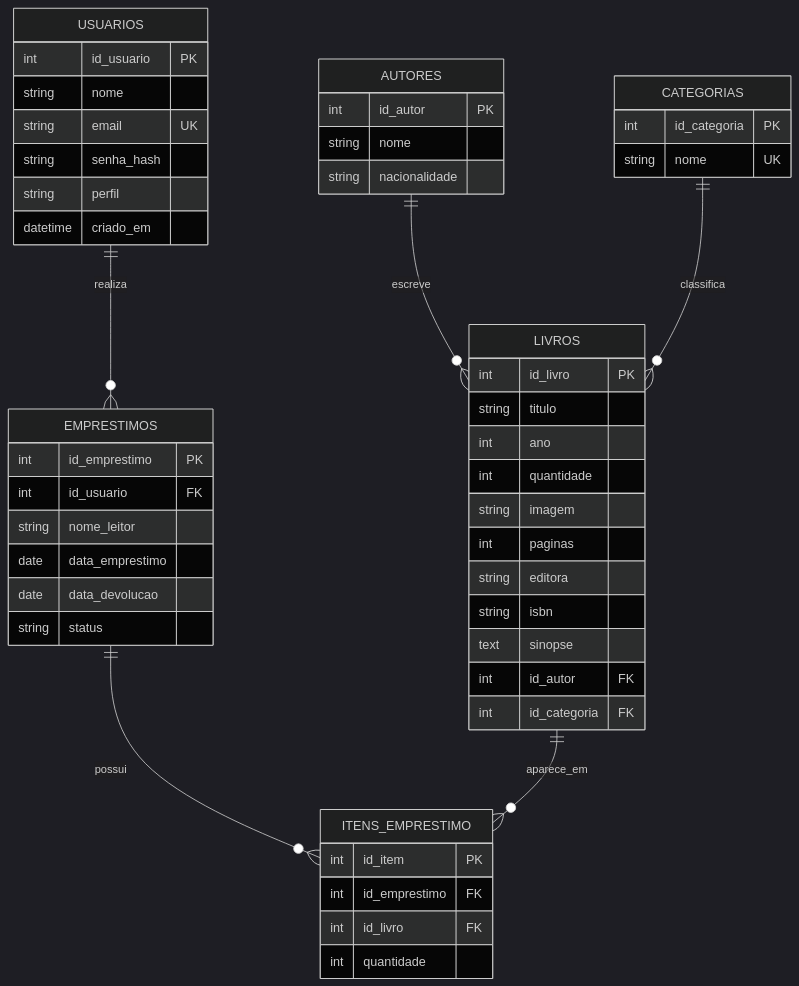
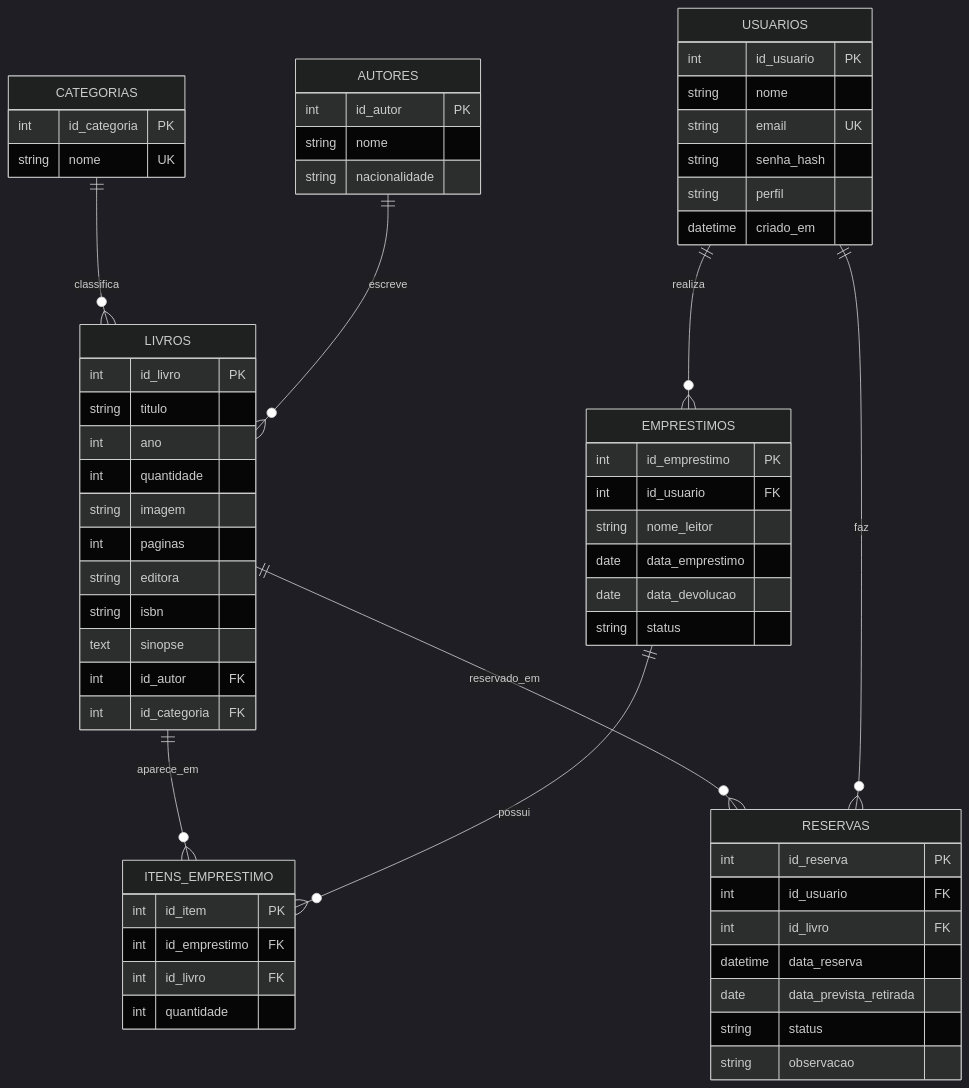
One commit to Soturine/biblioteca-geek-fullstack changed the diagram in database/der.md. Above: the diagram before and after it, drawn with Mermaid (dark theme). The commit also changed 28 other files, not shown here.

````diff
--- a/database/der.md
+++ b/database/der.md
@@ -3,58 +3,70 @@
 ```mermaid
 erDiagram
     USUARIOS ||--o{ EMPRESTIMOS : realiza
     AUTORES ||--o{ LIVROS : escreve
     CATEGORIAS ||--o{ LIVROS : classifica
     EMPRESTIMOS ||--o{ ITENS_EMPRESTIMO : possui
     LIVROS ||--o{ ITENS_EMPRESTIMO : aparece_em
+    USUARIOS ||--o{ RESERVAS : faz
+    LIVROS ||--o{ RESERVAS : reservado_em
 
     USUARIOS {
         int id_usuario PK
         string nome
         string email UK
         string senha_hash
         string perfil
         datetime criado_em
     }
 
     AUTORES {
         int id_autor PK
         string nome
         string nacionalidade
     }
 
     CATEGORIAS {
         int id_categoria PK
         string nome UK
     }
 
     LIVROS {
         int id_livro PK
         string titulo
         int ano
         int quantidade
         string imagem
         int paginas
         string editora
         string isbn
         text sinopse
         int id_autor FK
         int id_categoria FK
     }
 
     EMPRESTIMOS {
         int id_emprestimo PK
         int id_usuario FK
         string nome_leitor
         date data_emprestimo
         date data_devolucao
         string status
     }
 
     ITENS_EMPRESTIMO {
         int id_item PK
         int id_emprestimo FK
         int id_livro FK
         int quantidade
     }
+
+    RESERVAS {
+        int id_reserva PK
+        int id_usuario FK
+        int id_livro FK
+        datetime data_reserva
+        date data_prevista_retirada
+        string status
+        string observacao
+    }
 ```
````
